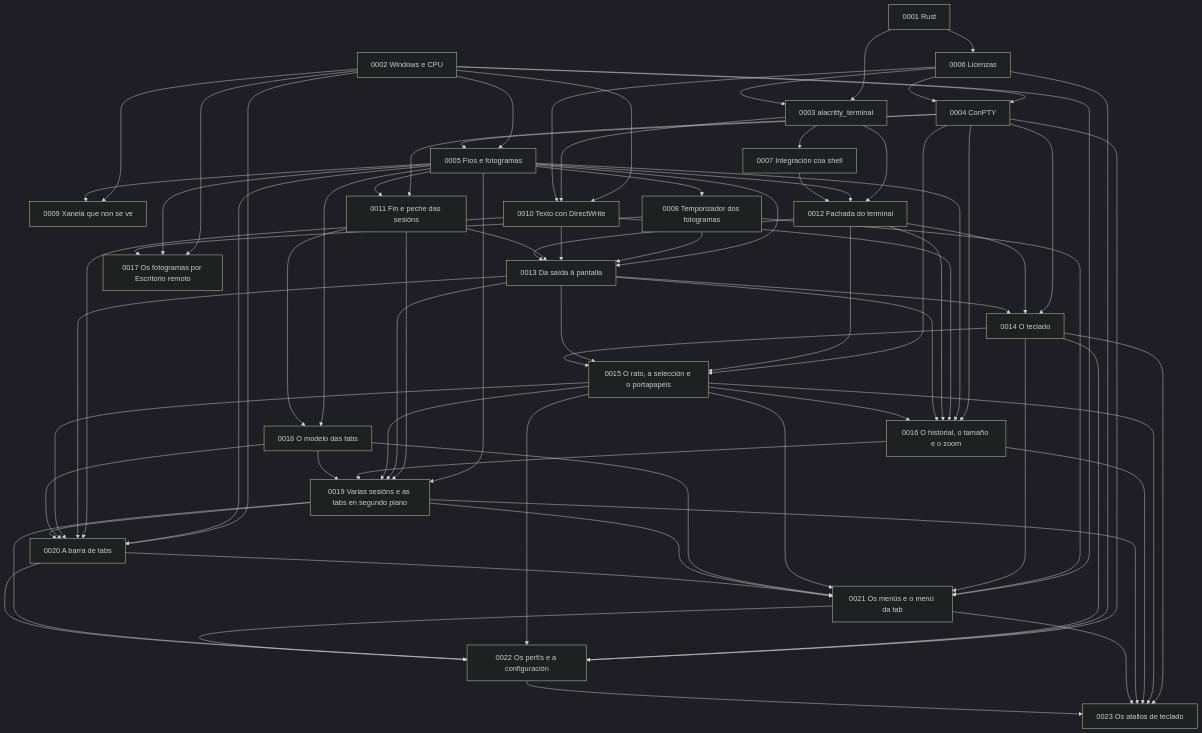
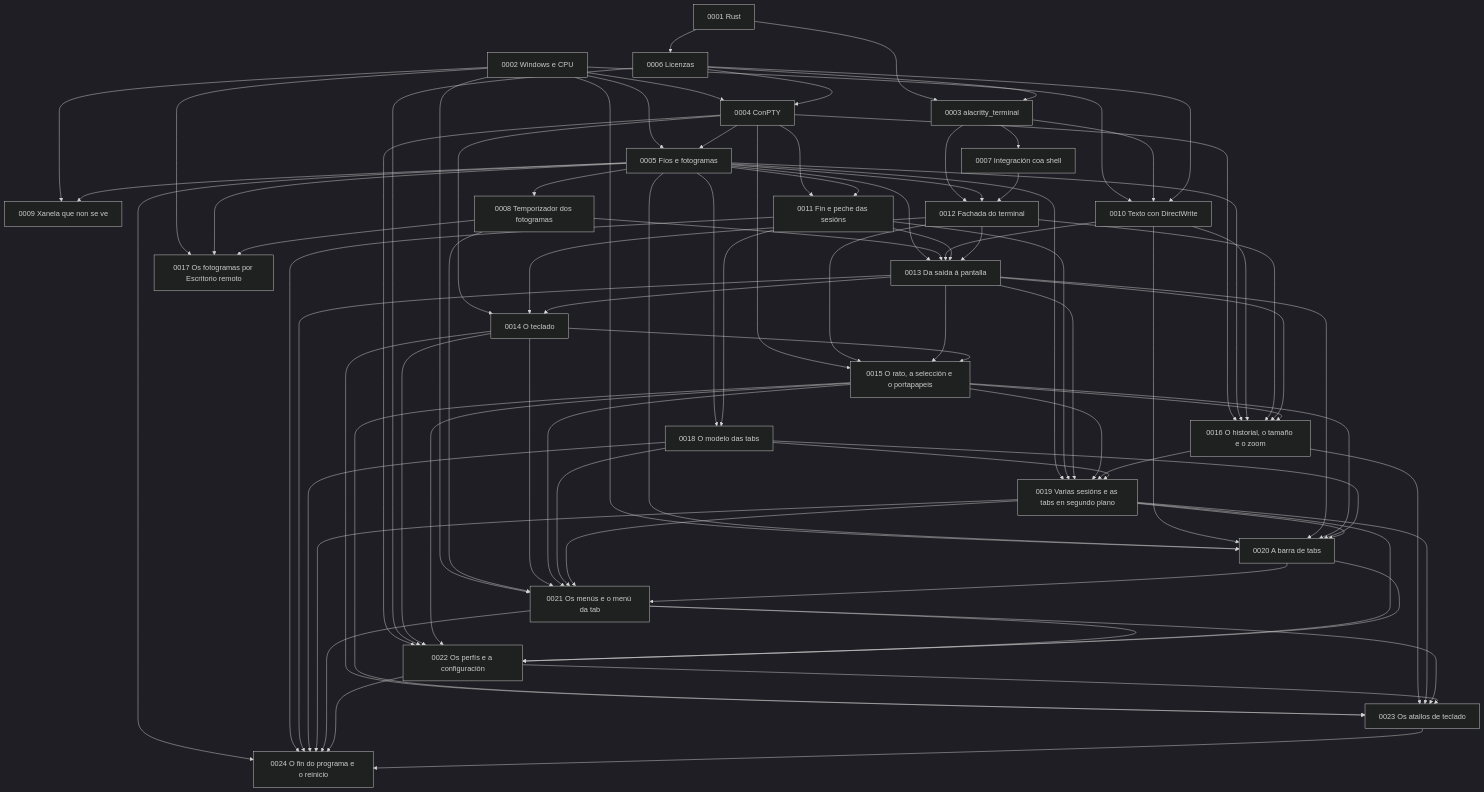
One commit to NewHouses/meiga changed the diagram in docs/adr/README.md. Above: the diagram before and after it, drawn with Mermaid (dark theme). The commit also changed other lines of this file and 29 other files, not shown here.

````diff
--- a/docs/adr/README.md
+++ b/docs/adr/README.md
@@ -118,4 +119,12 @@
     A19 --> A23
     A21 --> A23
     A22 --> A23
+    A5 --> A24["0024 O fin do programa e o reinicio"]
+    A11 --> A24
+    A13 --> A24
+    A18 --> A24
+    A19 --> A24
+    A21 --> A24
+    A22 --> A24
+    A23 --> A24
 ```
````
